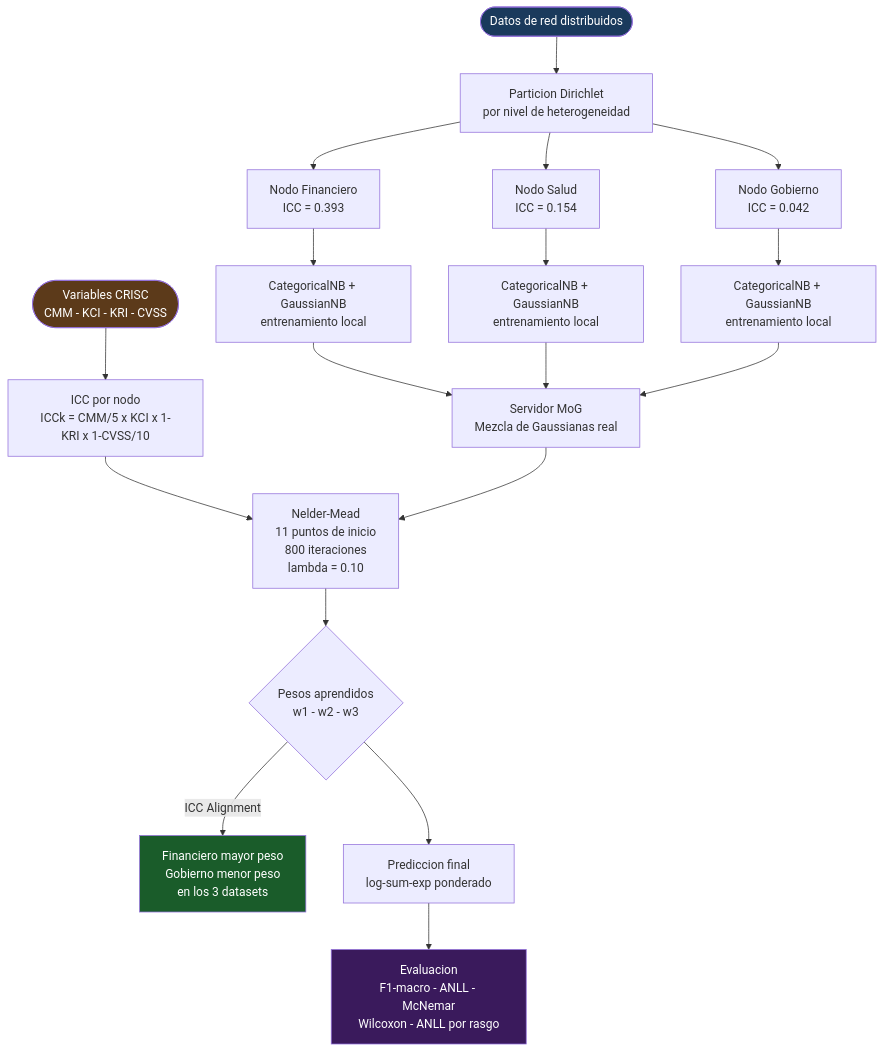
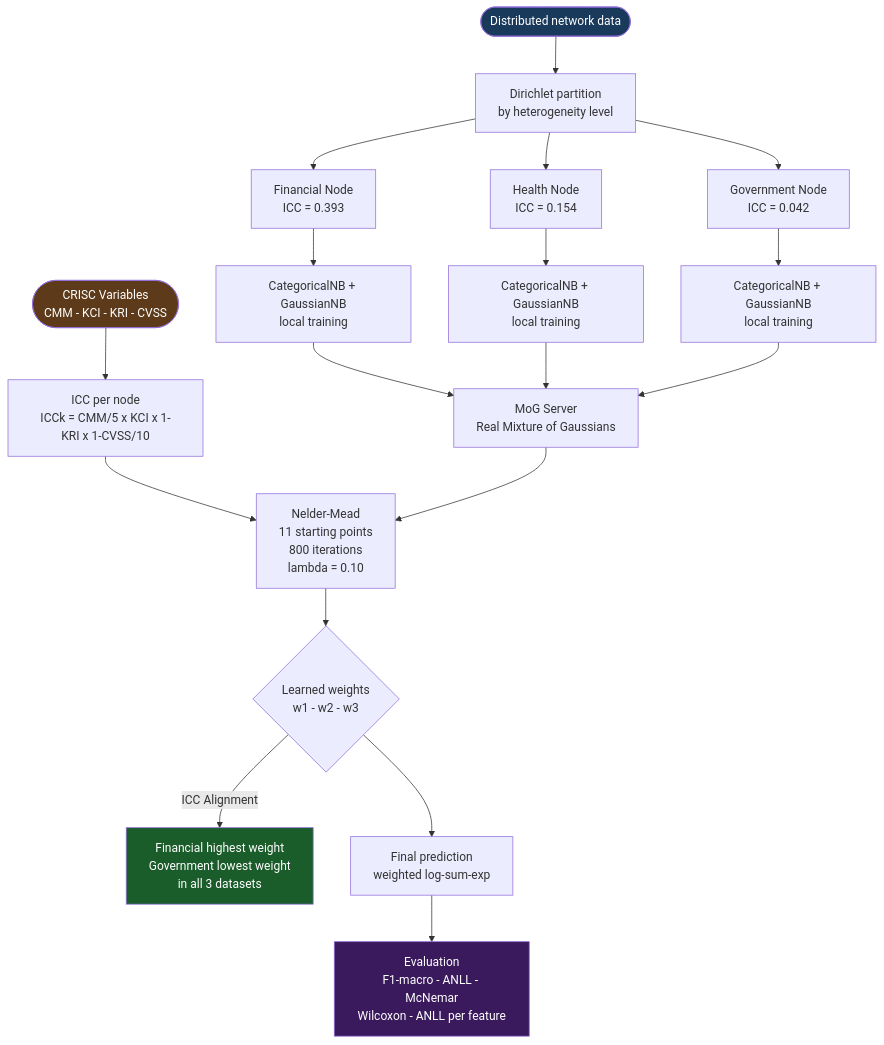
The diagram in README.md (eoherrera/EJD-UMA-FedNB-GRC), drawn with Mermaid before and after one commit. The commit also changed other lines of this file, not shown here.

````diff
--- a/README.md
+++ b/README.md
@@ -24,30 +26,30 @@
 ```mermaid
 flowchart TD
-    A([Datos de red distribuidos]) --> B[Particion Dirichlet\npor nivel de heterogeneidad]
-    B --> C1[Nodo Financiero\nICC = 0.393]
-    B --> C2[Nodo Salud\nICC = 0.154]
-    B --> C3[Nodo Gobierno\nICC = 0.042]
+    A([Distributed network data]) --> B[Dirichlet partition\nby heterogeneity level]
+    B --> C1[Financial Node\nICC = 0.393]
+    B --> C2[Health Node\nICC = 0.154]
+    B --> C3[Government Node\nICC = 0.042]
 
-    C1 --> D1[CategoricalNB + GaussianNB\nentrenamiento local]
-    C2 --> D2[CategoricalNB + GaussianNB\nentrenamiento local]
-    C3 --> D3[CategoricalNB + GaussianNB\nentrenamiento local]
+    C1 --> D1[CategoricalNB + GaussianNB\nlocal training]
+    C2 --> D2[CategoricalNB + GaussianNB\nlocal training]
+    C3 --> D3[CategoricalNB + GaussianNB\nlocal training]
 
-    D1 --> E[Servidor MoG\nMezcla de Gaussianas real]
+    D1 --> E[MoG Server\nReal Mixture of Gaussians]
     D2 --> E
     D3 --> E
 
-    F([Variables CRISC\nCMM - KCI - KRI - CVSS]) --> G[ICC por nodo\nICCk = CMM/5 x KCI x 1-KRI x 1-CVSS/10]
-    G --> H[Nelder-Mead\n11 puntos de inicio\n800 iteraciones\nlambda = 0.10]
+    F([CRISC Variables\nCMM - KCI - KRI - CVSS]) --> G[ICC per node\nICCk = CMM/5 x KCI x 1-KRI x 1-CVSS/10]
+    G --> H[Nelder-Mead\n11 starting points\n800 iterations\nlambda = 0.10]
     E --> H
 
-    H --> I{Pesos aprendidos\nw1 - w2 - w3}
-    I -->|ICC Alignment| J[Financiero mayor peso\nGobierno menor peso\nen los 3 datasets]
-    I --> K[Prediccion final\nlog-sum-exp ponderado]
+    H --> I{Learned weights\nw1 - w2 - w3}
+    I -->|ICC Alignment| J[Financial highest weight\nGovernment lowest weight\nin all 3 datasets]
+    I --> K[Final prediction\nweighted log-sum-exp]
 
-    K --> L[Evaluacion\nF1-macro - ANLL - McNemar\nWilcoxon - ANLL por rasgo]
+    K --> L[Evaluation\nF1-macro - ANLL - McNemar\nWilcoxon - ANLL per feature]
 
     style A fill:#1a3a5c,color:#fff
     style J fill:#1a5c2a,color:#fff
     style F fill:#5c3a1a,color:#fff
     style L fill:#3a1a5c,color:#fff
 ```
````
